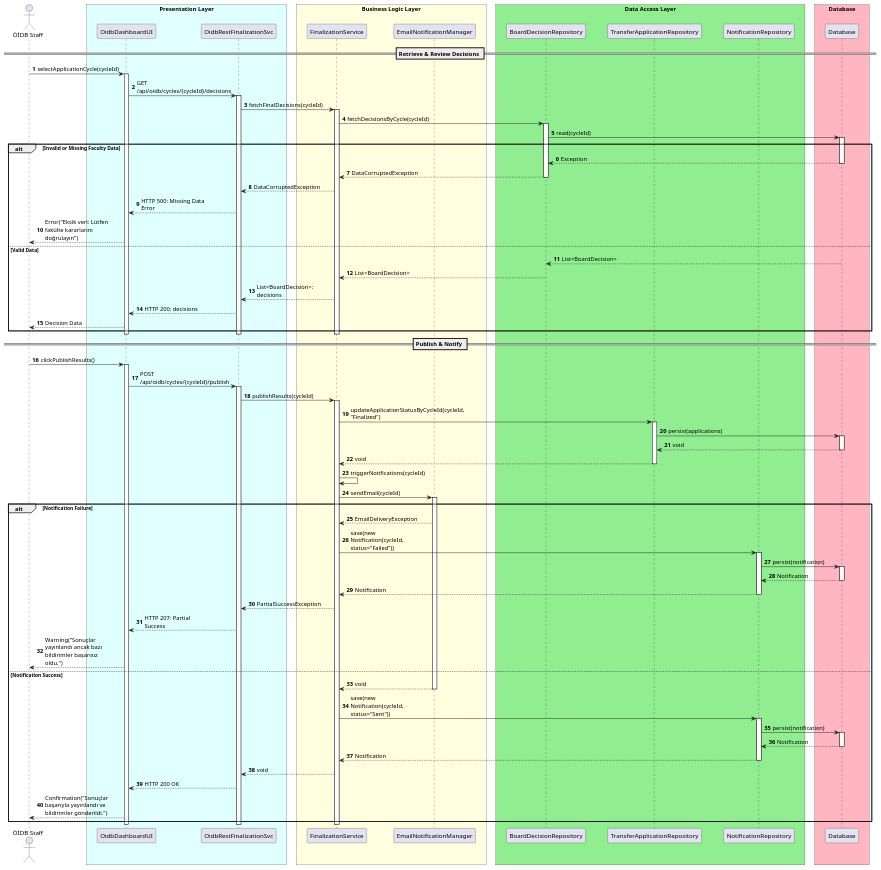
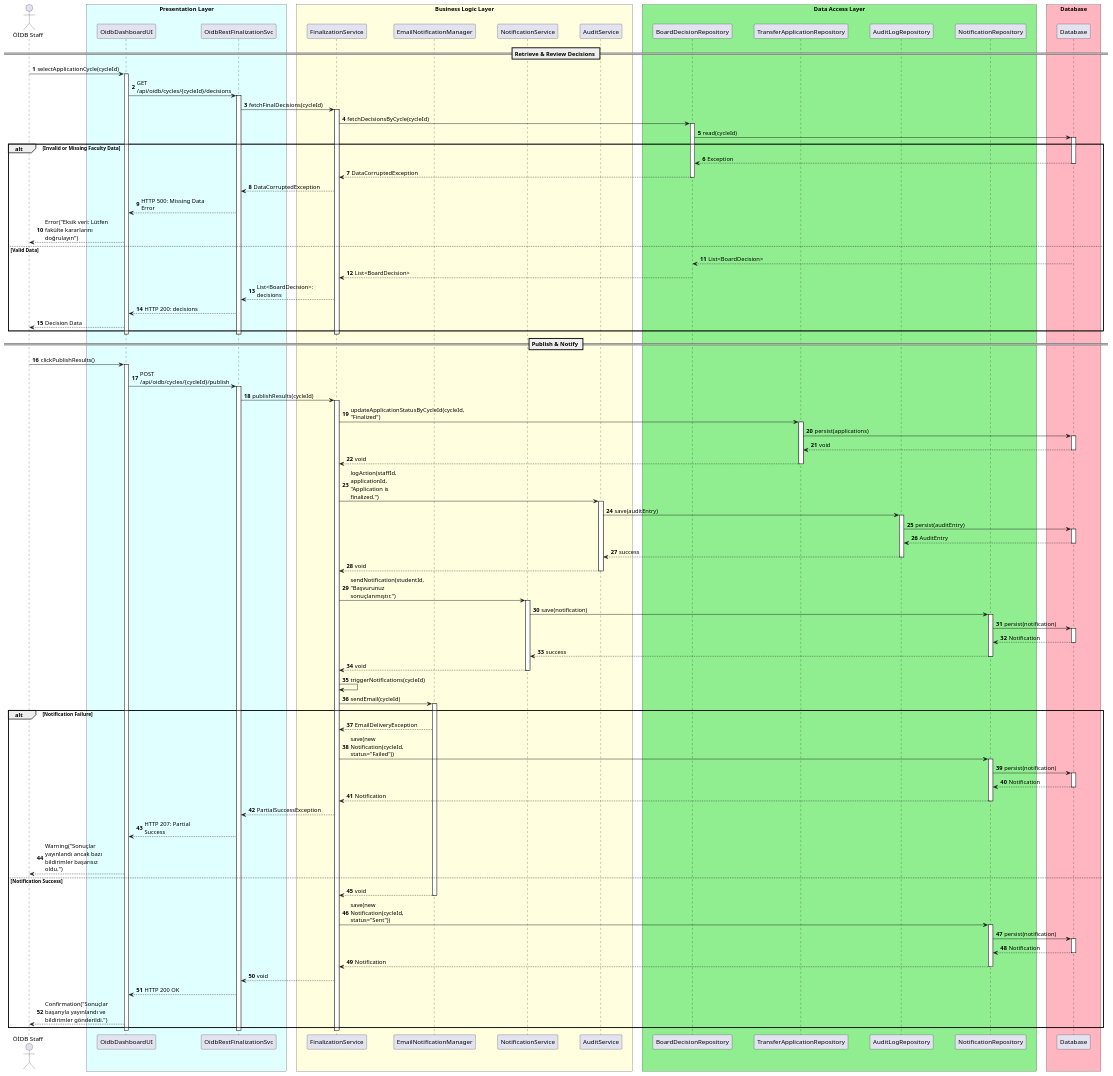
One commit to UTMS-G02/utms changed the diagram in docs/uml/uc-6-updated.puml. Above: the diagram before and after it, drawn with PlantUML. The commit also changed 3 other files, not shown here.

Commit message:
docs: log and notification processes added to uc-1,4,6,11

```diff
--- a/docs/uml/uc-6-updated.puml
+++ b/docs/uml/uc-6-updated.puml
@@ -1,129 +1,160 @@
 @startuml uc-6
 autonumber
 skinparam maxMessageSize 150
 skinparam ParticipantPadding 20
 skinparam BoxPadding 10
 
 actor "ÖİDB Staff" as Staff
 
 box "Presentation Layer" #LightCyan
     participant "OidbDashboardUI" as UI
     participant "OidbRestFinalizationSvc" as RestFinalizationSvc
 end box
 
 box "Business Logic Layer" #LightYellow
     participant "FinalizationService" as FinalizationSvc
     participant "EmailNotificationManager" as EmailManager
+    participant "NotificationService" as NotificationSvc
+    participant "AuditService" as AuditSvc
 end box
 
 box "Data Access Layer" #LightGreen
     participant "BoardDecisionRepository" as DecisionDB
     participant "TransferApplicationRepository" as AppDB
-    participant "NotificationRepository" as LogDB
+    participant "AuditLogRepository" as AuditDB
+    participant "NotificationRepository" as NotificationDB
 end box
 
 box "Database" #LightPink
     participant "Database" as DB
 end box
 
 == Retrieve & Review Decisions ==
 
 Staff -> UI: selectApplicationCycle(cycleId)
 activate UI
 
 UI -> RestFinalizationSvc: GET /api/oidb/cycles/{cycleId}/decisions
 activate RestFinalizationSvc
 
 RestFinalizationSvc -> FinalizationSvc: fetchFinalDecisions(cycleId)
 activate FinalizationSvc
 
 FinalizationSvc -> DecisionDB: fetchDecisionsByCycle(cycleId)
 activate DecisionDB
 DecisionDB -> DB: read(cycleId)
 activate DB
 
 alt Invalid or Missing Faculty Data
     DB --> DecisionDB: Exception
     deactivate DB
     DecisionDB --> FinalizationSvc: DataCorruptedException
     deactivate DecisionDB
     FinalizationSvc --> RestFinalizationSvc: DataCorruptedException
     RestFinalizationSvc --> UI: HTTP 500: Missing Data Error
     UI --> Staff: Error("Eksik veri: Lütfen fakülte kararlarını doğrulayın")
 else Valid Data
     DB --> DecisionDB: List<BoardDecision>
     deactivate DB
     DecisionDB --> FinalizationSvc: List<BoardDecision>
     deactivate DecisionDB
     FinalizationSvc --> RestFinalizationSvc: List<BoardDecision>: decisions
     RestFinalizationSvc --> UI: HTTP 200: decisions
     UI --> Staff: Decision Data
 end
 
 deactivate FinalizationSvc
 deactivate RestFinalizationSvc
 deactivate UI
 
 == Publish & Notify ==
 
 Staff -> UI: clickPublishResults()
 activate UI
 
 UI -> RestFinalizationSvc: POST /api/oidb/cycles/{cycleId}/publish
 activate RestFinalizationSvc
 
 RestFinalizationSvc -> FinalizationSvc: publishResults(cycleId)
 activate FinalizationSvc
 
 FinalizationSvc -> AppDB: updateApplicationStatusByCycleId(cycleId, "Finalized")
 activate AppDB
 AppDB -> DB: persist(applications)
 activate DB
 DB --> AppDB: void
 deactivate DB
 AppDB --> FinalizationSvc: void
 deactivate AppDB
 
+
+FinalizationSvc -> AuditSvc: logAction(staffId, applicationId, "Application is finalized.")
+activate AuditSvc
+AuditSvc -> AuditDB: save(auditEntry)
+activate AuditDB
+AuditDB -> DB: persist(auditEntry)
+activate DB
+DB --> AuditDB: AuditEntry
+deactivate DB
+AuditDB --> AuditSvc: success
+deactivate AuditDB
+AuditSvc --> FinalizationSvc: void
+deactivate AuditSvc
+
+
+FinalizationSvc -> NotificationSvc: sendNotification(studentId, "Başvurunuz sonuçlanmıştır.")
+activate NotificationSvc
+NotificationSvc -> NotificationDB: save(notification)
+activate NotificationDB
+NotificationDB -> DB: persist(notification)
+activate DB
+DB --> NotificationDB: Notification
+deactivate DB
+NotificationDB --> NotificationSvc: success
+deactivate NotificationDB
+NotificationSvc --> FinalizationSvc: void
+deactivate NotificationSvc
+
 FinalizationSvc -> FinalizationSvc: triggerNotifications(cycleId)
 
 FinalizationSvc -> EmailManager: sendEmail(cycleId)
 activate EmailManager
 
 alt Notification Failure
     EmailManager --> FinalizationSvc: EmailDeliveryException
 
-    FinalizationSvc -> LogDB: save(new Notification(cycleId, status="Failed"))
-    activate LogDB
-    LogDB -> DB: persist(notification)
+    FinalizationSvc -> NotificationDB: save(new Notification(cycleId, status="Failed"))
+    activate NotificationDB
+    NotificationDB -> DB: persist(notification)
     activate DB
-    DB --> LogDB: Notification
+    DB --> NotificationDB: Notification
     deactivate DB
-    LogDB --> FinalizationSvc: Notification
-    deactivate LogDB
+    NotificationDB --> FinalizationSvc: Notification
+    deactivate NotificationDB
 
     FinalizationSvc --> RestFinalizationSvc: PartialSuccessException
     RestFinalizationSvc --> UI: HTTP 207: Partial Success
     UI --> Staff: Warning("Sonuçlar yayınlandı ancak bazı bildirimler başarısız oldu.")
 else Notification Success
     EmailManager --> FinalizationSvc: void
     deactivate EmailManager
 
-    FinalizationSvc -> LogDB: save(new Notification(cycleId, status="Sent"))
-    activate LogDB
-    LogDB -> DB: persist(notification)
+    FinalizationSvc -> NotificationDB: save(new Notification(cycleId, status="Sent"))
+    activate NotificationDB
+    NotificationDB -> DB: persist(notification)
     activate DB
-    DB --> LogDB: Notification
+    DB --> NotificationDB: Notification
     deactivate DB
-    LogDB --> FinalizationSvc: Notification
-    deactivate LogDB
+    NotificationDB --> FinalizationSvc: Notification
+    deactivate NotificationDB
 
     FinalizationSvc --> RestFinalizationSvc: void
     RestFinalizationSvc --> UI: HTTP 200 OK
     UI --> Staff: Confirmation("Sonuçlar başarıyla yayınlandı ve bildirimler gönderildi.")
 end
 
 deactivate FinalizationSvc
 deactivate RestFinalizationSvc
 deactivate UI
 
 @enduml
```
